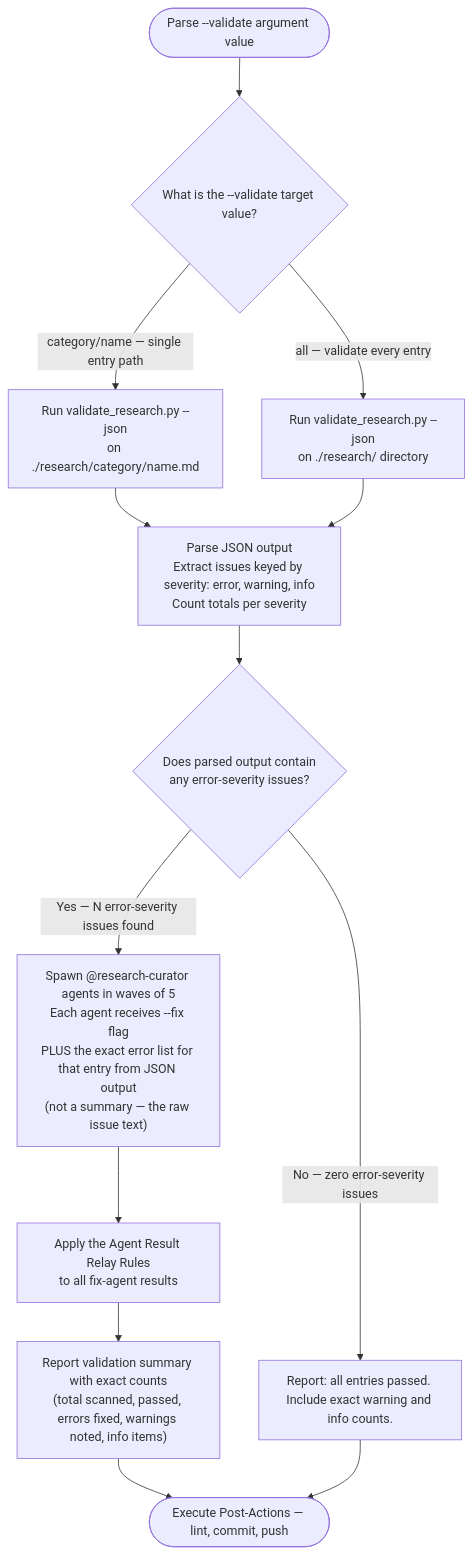
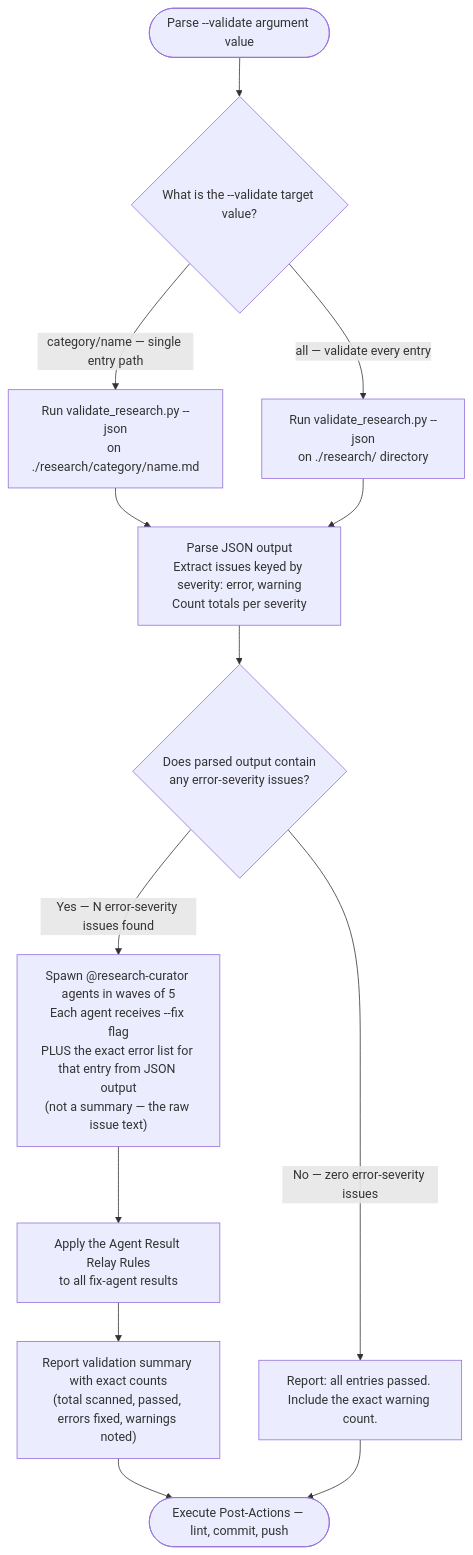
One commit to Jamie-BitFlight/claude_skills changed the third of 3 diagrams in .claude/skills/research-curator/SKILL.md. Above: the diagram before and after it, drawn with Mermaid. The commit also changed other lines of this file and 1 other file, not shown here.

````diff
--- a/.claude/skills/research-curator/SKILL.md
+++ b/.claude/skills/research-curator/SKILL.md
@@ -217,15 +217,15 @@
 ```mermaid
 flowchart TD
     Start(["Parse --validate argument value"]) --> Q{"What is the --validate target value?"}
     Q -->|"category/name — single entry path"| RunScript["Run validate_research.py --json<br>on ./research/category/name.md"]
     Q -->|"all — validate every entry"| RunScriptAll["Run validate_research.py --json<br>on ./research/ directory"]
-    RunScript --> ParseJSON["Parse JSON output<br>Extract issues keyed by severity: error, warning, info<br>Count totals per severity"]
+    RunScript --> ParseJSON["Parse JSON output<br>Extract issues keyed by severity: error, warning<br>Count totals per severity"]
     RunScriptAll --> ParseJSON
     ParseJSON --> HasErrors{"Does parsed output contain<br>any error-severity issues?"}
     HasErrors -->|"Yes — N error-severity issues found"| SpawnFix["Spawn @research-curator agents in waves of 5<br>Each agent receives --fix flag<br>PLUS the exact error list for that entry from JSON output<br>(not a summary — the raw issue text)"]
-    HasErrors -->|"No — zero error-severity issues"| ReportClean["Report: all entries passed. Include exact warning and info counts."]
+    HasErrors -->|"No — zero error-severity issues"| ReportClean["Report: all entries passed. Include the exact warning count."]
     SpawnFix --> RelayCheck["Apply the Agent Result Relay Rules<br>to all fix-agent results"]
-    RelayCheck --> ReportSummary["Report validation summary with exact counts<br>(total scanned, passed, errors fixed, warnings noted, info items)"]
+    RelayCheck --> ReportSummary["Report validation summary with exact counts<br>(total scanned, passed, errors fixed, warnings noted)"]
     ReportSummary --> PostActions(["Execute Post-Actions — lint, commit, push"])
     ReportClean --> PostActions
 ```
````
